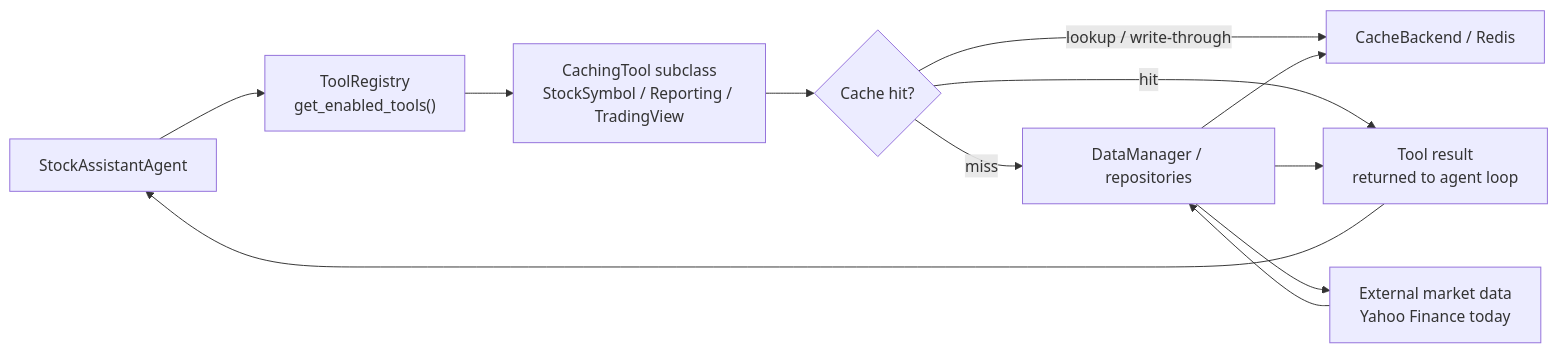
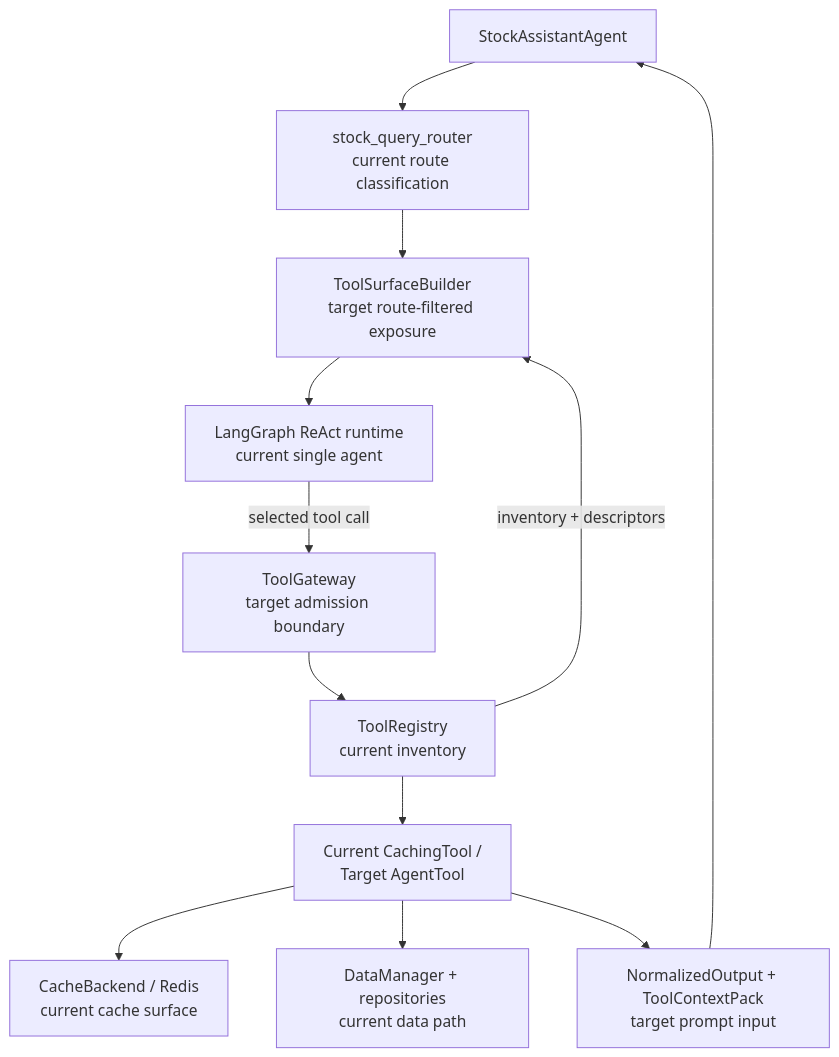
The fourth of 27 diagrams in docs/domains/agent/TECHNICAL_DESIGN.md (d-dragon/dp-stock-investment-assistant), drawn with Mermaid before and after one commit. The commit also changed other lines of this file, not shown here.

First line of the commit message:
docs(agent): add Phase 2B tool-system target techncial design

````diff
--- a/docs/domains/agent/TECHNICAL_DESIGN.md
+++ b/docs/domains/agent/TECHNICAL_DESIGN.md
@@ -248,17 +272,21 @@
 ```mermaid
-flowchart LR
+flowchart TD
 	Agent["StockAssistantAgent"]
-	Registry["ToolRegistry\nget_enabled_tools()"]
-	Tool["CachingTool subclass\nStockSymbol / Reporting / TradingView"]
-	Cache{"Cache hit?"}
-	Redis["CacheBackend / Redis"]
-	Data["DataManager / repositories"]
-	External["External market data\nYahoo Finance today"]
-	Result["Tool result\nreturned to agent loop"]
+	Route["stock_query_router\ncurrent route classification"]
+	Surface["ToolSurfaceBuilder\ntarget route-filtered exposure"]
+	ReAct["LangGraph ReAct runtime\ncurrent single agent"]
+	Gateway["ToolGateway\ntarget admission boundary"]
+	Registry["ToolRegistry\ncurrent inventory"]
+	Tool["Current CachingTool /\nTarget AgentTool"]
+	Cache["CacheBackend / Redis\ncurrent cache surface"]
+	CurrentData["DataManager + repositories\ncurrent data path"]
+	TargetOutput["NormalizedOutput + ToolContextPack\ntarget prompt input"]
 
-	Agent --> Registry --> Tool --> Cache
-	Cache -->|"lookup / write-through"| Redis
-	Cache -->|"hit"| Result
-	Cache -->|"miss"| Data --> External --> Data --> Redis
-	Data --> Result --> Agent
+	Agent --> Route --> Surface
+	Registry -->|"inventory + descriptors"| Surface
+	Surface --> ReAct
+	ReAct -->|"selected tool call"| Gateway --> Registry --> Tool
+	Tool --> Cache
+	Tool --> CurrentData
+	Tool --> TargetOutput --> Agent
 ```
````
